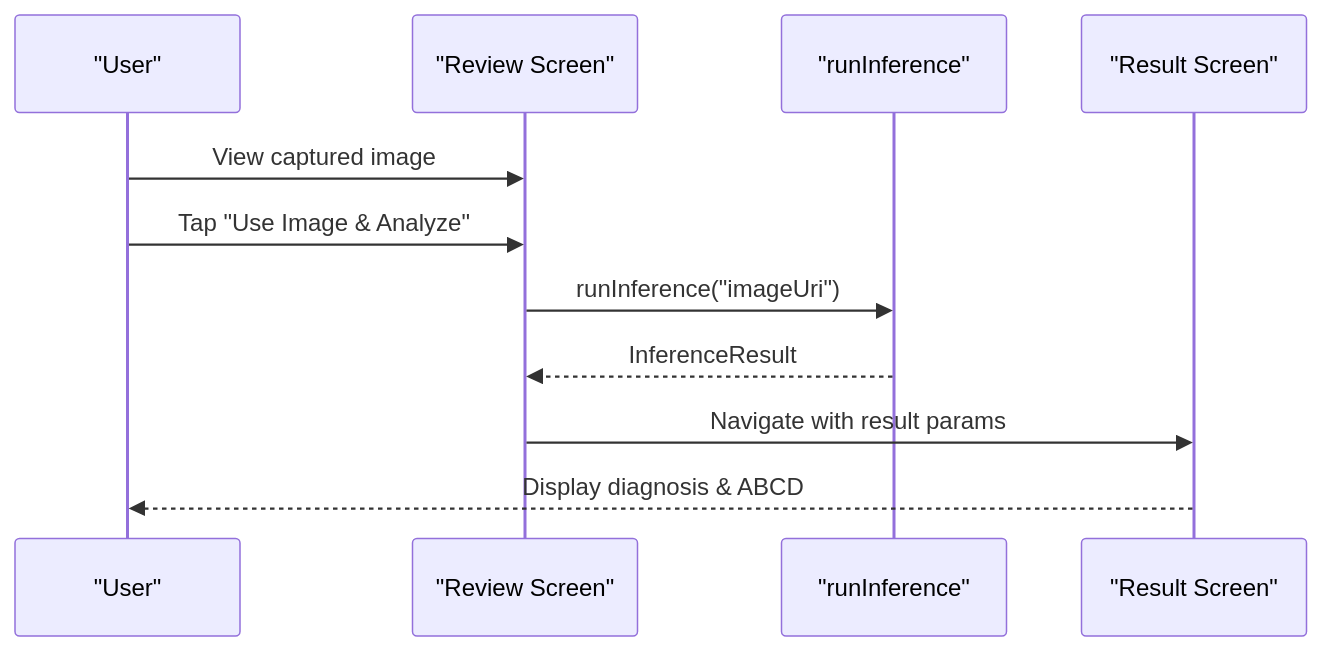
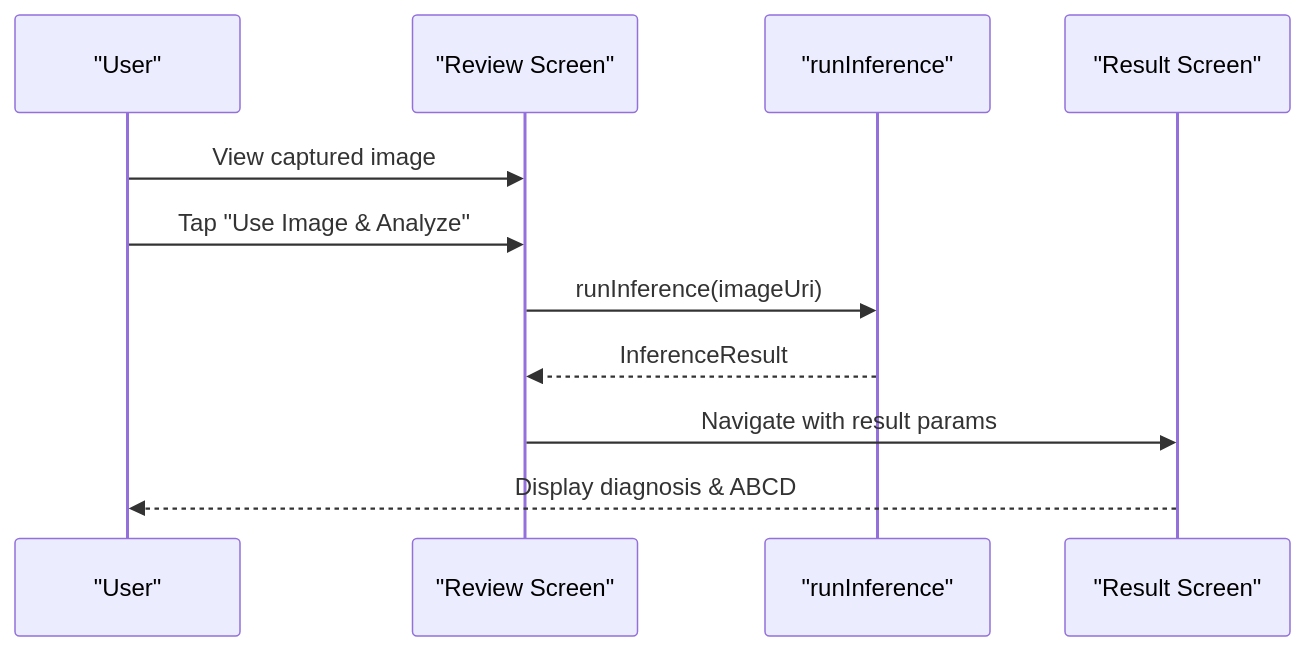
The fifth of 9 diagrams in .qoder/repowiki/en/content/Camera Integration.md (AdeelTahir-SE/DermSight), drawn with Mermaid before and after one commit. The commit also changed other lines of this file and 18 other files, not shown here.

````diff
--- a/.qoder/repowiki/en/content/Camera Integration.md
+++ b/.qoder/repowiki/en/content/Camera Integration.md
@@ -180,13 +198,13 @@
 ```mermaid
 sequenceDiagram
 participant U as "User"
 participant Rev as "Review Screen"
 participant Inf as "runInference"
 participant Res as "Result Screen"
 U->>Rev : View captured image
 U->>Rev : Tap "Use Image & Analyze"
-Rev->>Inf : runInference("imageUri")
+Rev->>Inf : runInference(imageUri)
 Inf-->>Rev : InferenceResult
 Rev->>Res : Navigate with result params
 Res-->>U : Display diagnosis & ABCD
 ```
````
